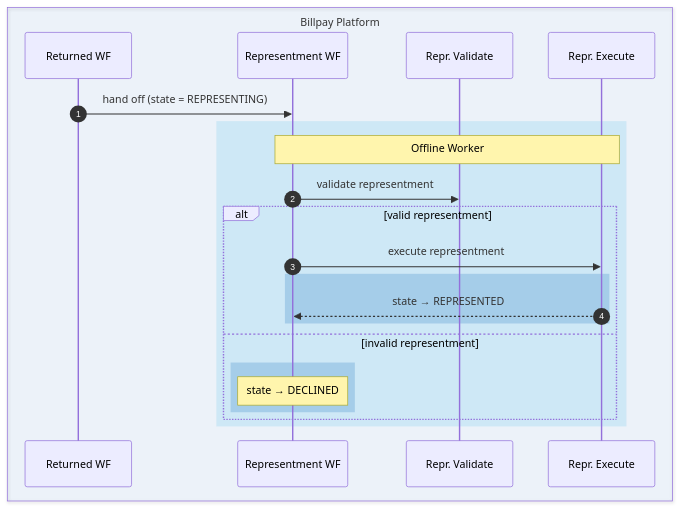
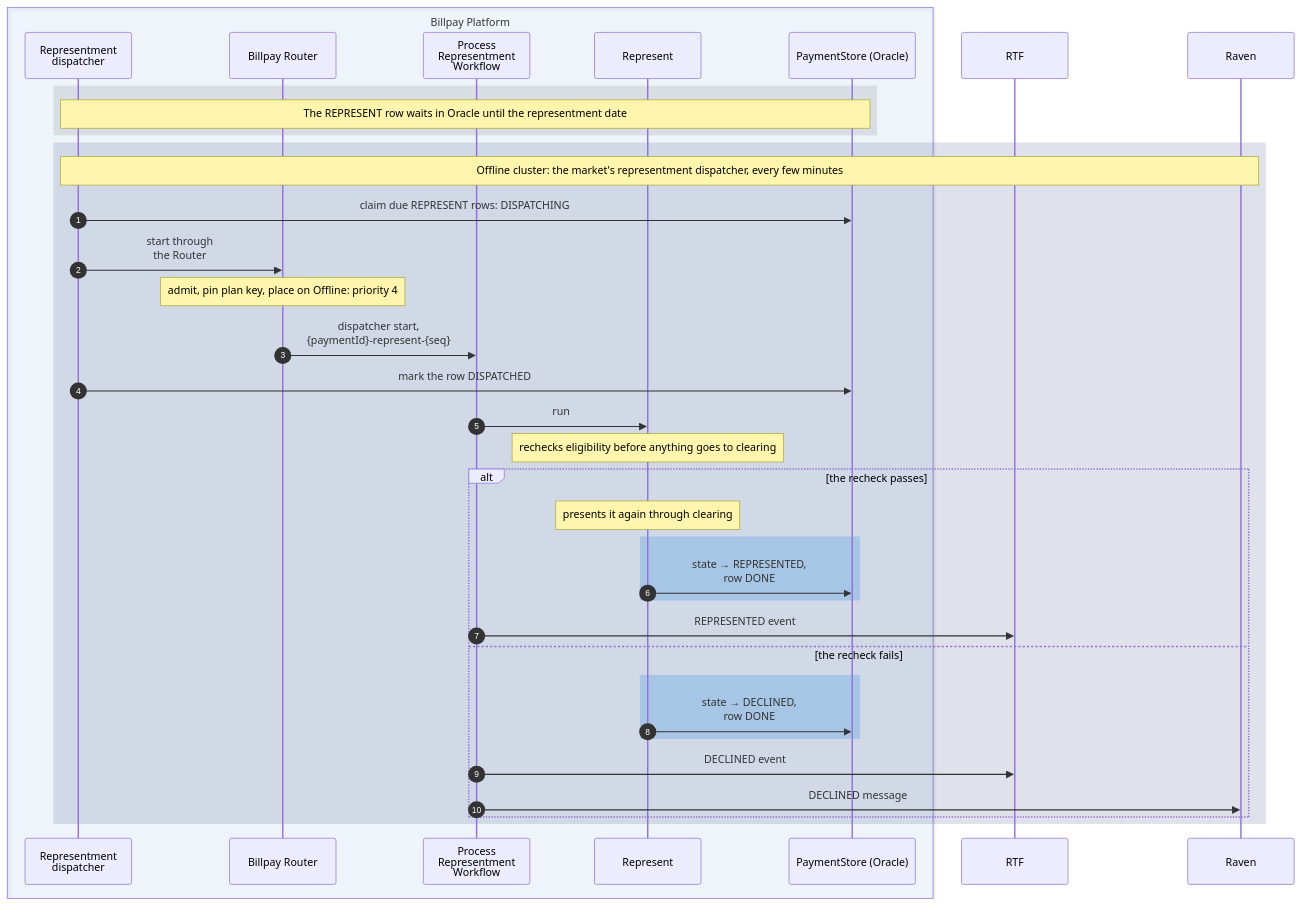
The eighth of 13 diagrams in website/docs/design/sequence-diagrams.md (arunav-bhattacharya/billpay-book), drawn with Mermaid before and after one commit. The commit also changed other lines of this file and 50 other files, not shown here.

````diff
--- a/website/docs/design/sequence-diagrams.md
+++ b/website/docs/design/sequence-diagrams.md
@@ -618,33 +526,48 @@
 ```mermaid
 ---
 config:
   fontFamily: "BentonSansUI, Helvetica, Arial, sans-serif"
   fontSize: 15
 ---
 sequenceDiagram
   autonumber
 
-  box rgba(1,111,208,0.06) Billpay Platform
-    participant PR as Returned WF
-    participant PRP as Representment WF
-    participant PRRV as Repr. Validate
-    participant PRRX as Repr. Execute
+  box rgba(0,111,207,0.05) Billpay Platform
+    participant RPD as Representment<br/>dispatcher
+    participant R as Billpay Router
+    participant WF as Process<br/>Representment<br/>Workflow
+    participant REP as Represent
+    participant PS as PaymentStore (Oracle)
   end
 
-  PR->>PRP: hand off (state = REPRESENTING)
+  participant RTF
+  participant RAV as Raven
 
-  rect rgba(0,163,224,0.13)
-    Note over PRP,PRRX: Offline Worker
-    PRP->>PRRV: validate representment
-    alt valid representment
-      PRP->>PRRX: execute representment
-      rect rgba(0,98,182,0.20)
-        PRRX-->>PRP: state → REPRESENTED
+  rect rgba(83,86,90,0.14)
+    Note over RPD,PS: The REPRESENT row waits in Oracle until the representment date
+  end
+
+  rect rgba(0,23,90,0.12)
+    Note over RPD,RAV: Offline cluster: the market's representment dispatcher, every few minutes
+    RPD->>PS: claim due REPRESENT rows: DISPATCHING
+    RPD->>R: start through<br/>the Router
+    Note over R: admit, pin plan key, place on Offline: priority 4
+    R->>WF: dispatcher start,<br/>{paymentId}-represent-{seq}
+    RPD->>PS: mark the row DISPATCHED
+    WF->>REP: run
+    Note over REP: rechecks eligibility before anything goes to clearing
+    alt the recheck passes
+      Note over REP: presents it again through clearing
+      rect rgba(102,169,226,0.40)
+        REP->>PS: state → REPRESENTED,<br/>row DONE
       end
-    else invalid representment
-      rect rgba(0,98,182,0.20)
-        Note over PRP: state → DECLINED
+      WF->>RTF: REPRESENTED event
+    else the recheck fails
+      rect rgba(102,169,226,0.40)
+        REP->>PS: state → DECLINED,<br/>row DONE
       end
+      WF->>RTF: DECLINED event
+      WF->>RAV: DECLINED message
     end
   end
 ```
````
